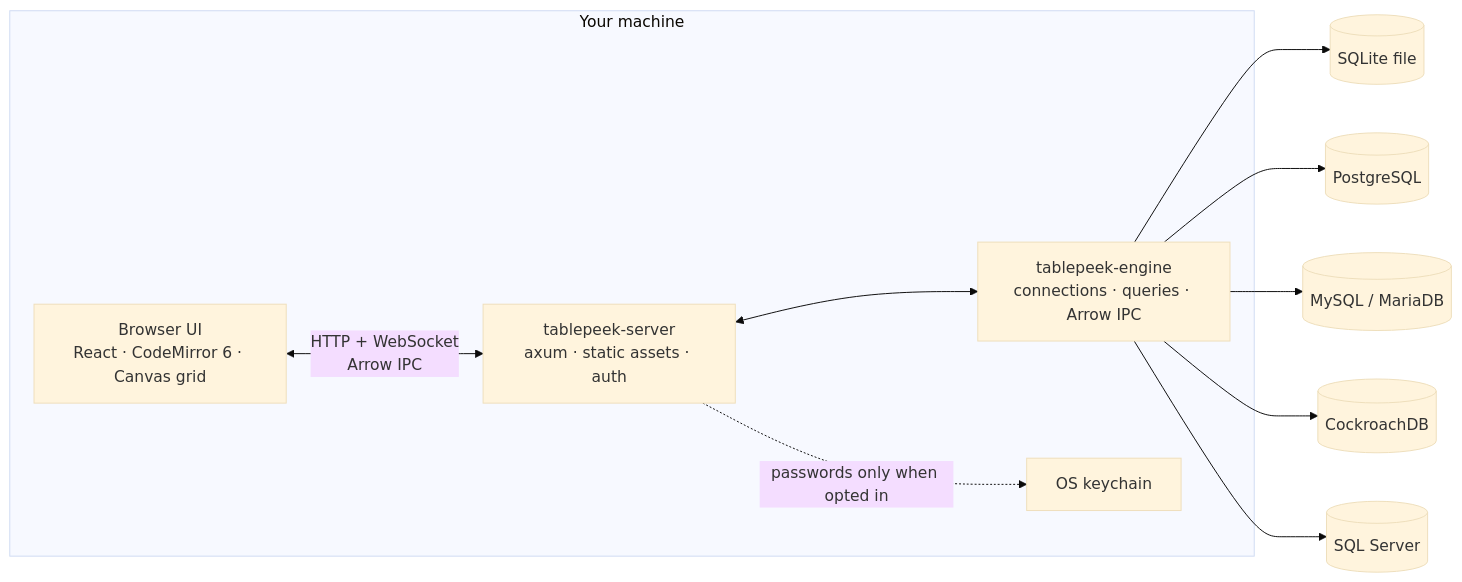
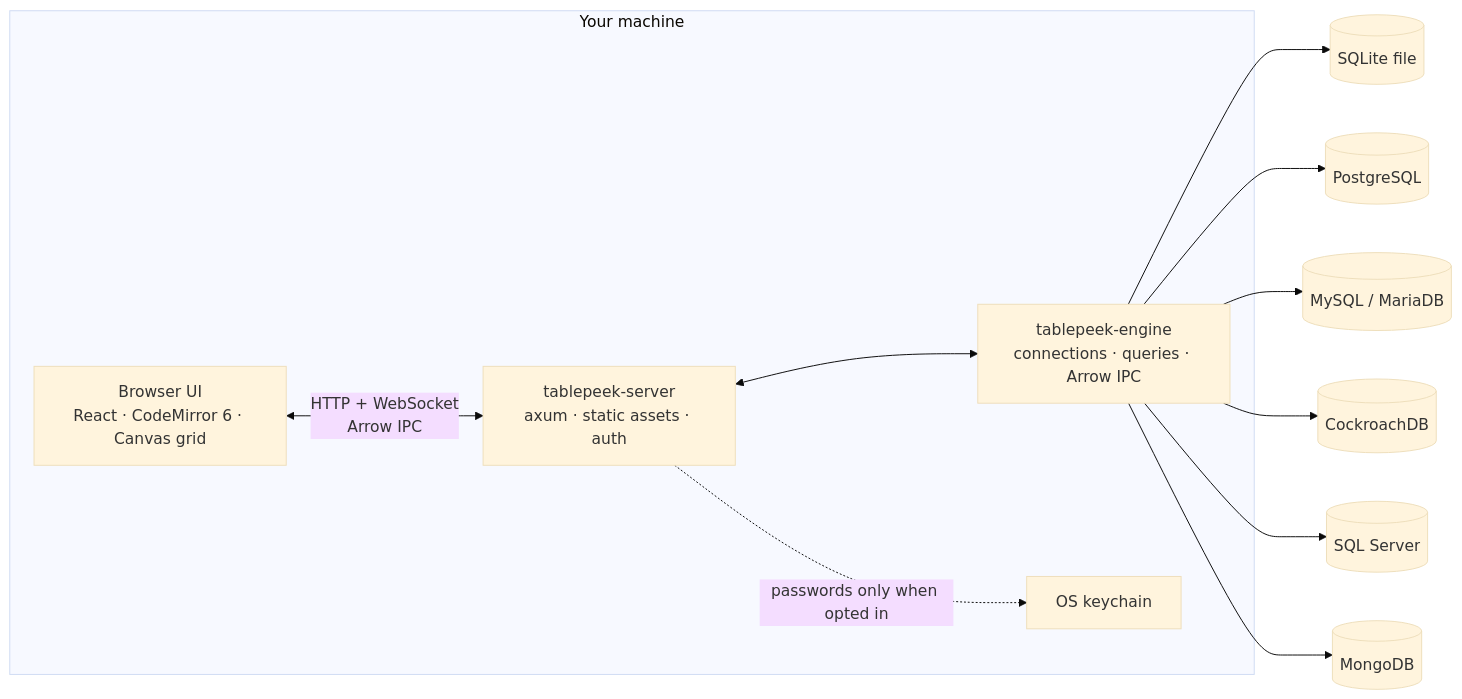
One commit to Extransload/TablePeek changed the diagram in README.md. Above: the diagram before and after it, drawn with Mermaid (base theme). The commit also changed other lines of this file and 178 other files, not shown here.

````diff
--- a/README.md
+++ b/README.md
@@ -237,19 +258,20 @@
 ```mermaid
 flowchart LR
   subgraph Machine["Your machine"]
     UI["Browser UI<br/>React · CodeMirror 6 · Canvas grid"]
     SERVER["tablepeek-server<br/>axum · static assets · auth"]
     ENGINE["tablepeek-engine<br/>connections · queries · Arrow IPC"]
     KEYCHAIN["OS keychain"]
 
     UI <-->|"HTTP + WebSocket<br/>Arrow IPC"| SERVER
     SERVER <--> ENGINE
     SERVER -.->|"passwords only when opted in"| KEYCHAIN
   end
 
   ENGINE --> SQLITE[("SQLite file")]
   ENGINE --> PG[("PostgreSQL")]
   ENGINE --> MYSQL[("MySQL / MariaDB")]
   ENGINE --> CRDB[("CockroachDB")]
   ENGINE --> MSSQL[("SQL Server")]
+  ENGINE --> MONGO[("MongoDB")]
 ```
````
